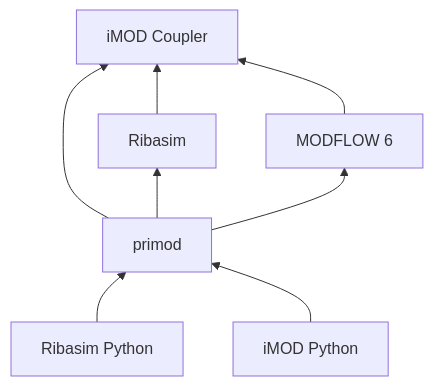
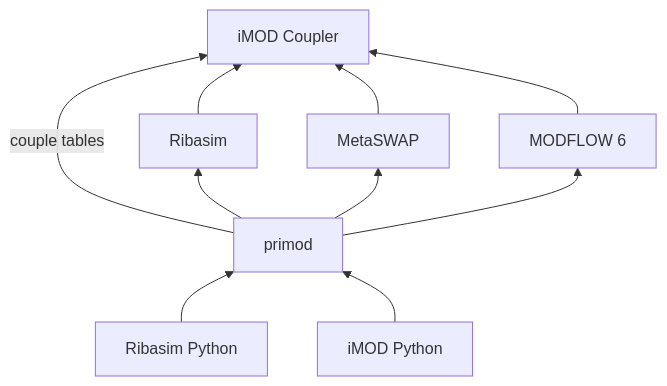
The second of 3 diagrams in docs/coupler_architecture.qmd (Deltares/iMOD-Documentation), drawn with Mermaid before and after one commit. The commit also changed other lines of this file and 1 other file, not shown here.

Commit message:
moved the echange logging from the technical ribametamod description to the architecture section (higher level) under its own heading

````diff
--- a/docs/coupler_architecture.qmd
+++ b/docs/coupler_architecture.qmd
@@ -38,10 +38,12 @@
 ```{mermaid}
 flowchart BT
     ribasim_python[Ribasim Python] --> primod
     imod-python[iMOD Python] --> primod
     primod --> ribasim[Ribasim]
-    primod --> imodc
+    primod --> |couple tables|imodc
+    primod --> MetaSWAP
     primod --> modflow6[MODFLOW 6]
     ribasim --> imodc["iMOD Coupler"]
+    MetaSWAP --> imodc["iMOD Coupler"]
     modflow6 --> imodc
 ```
````
